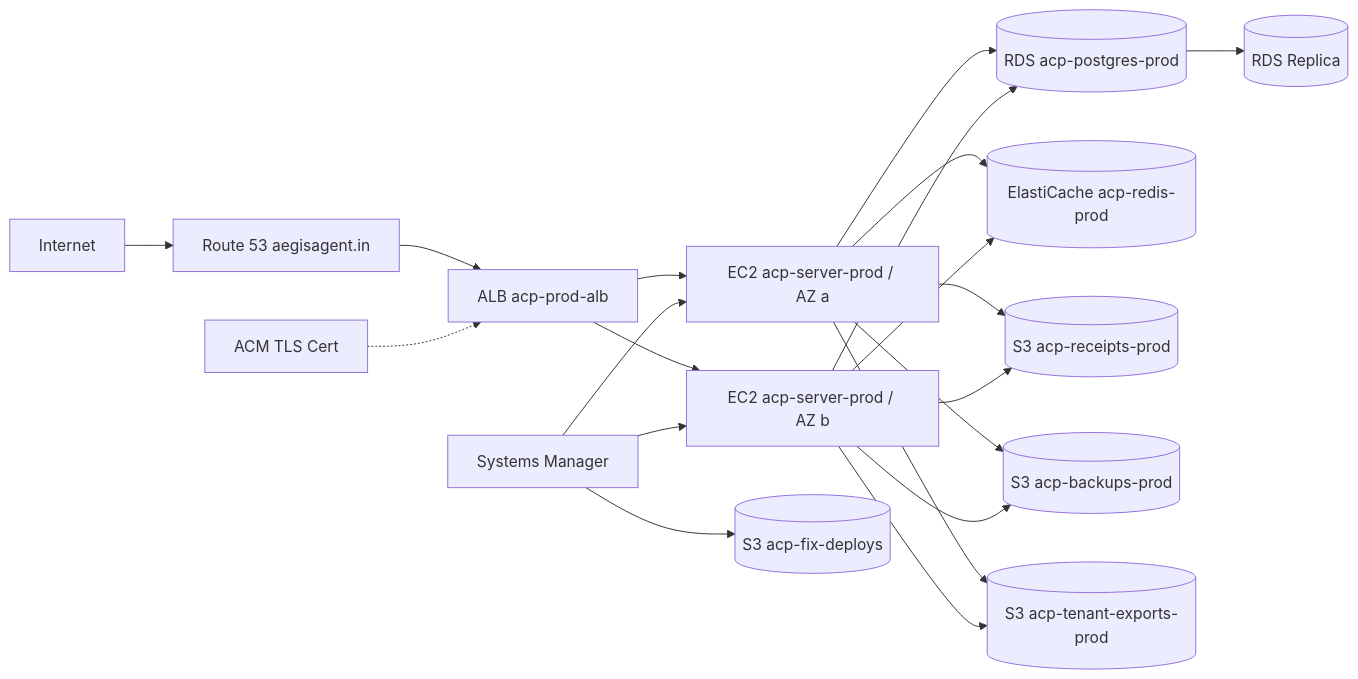
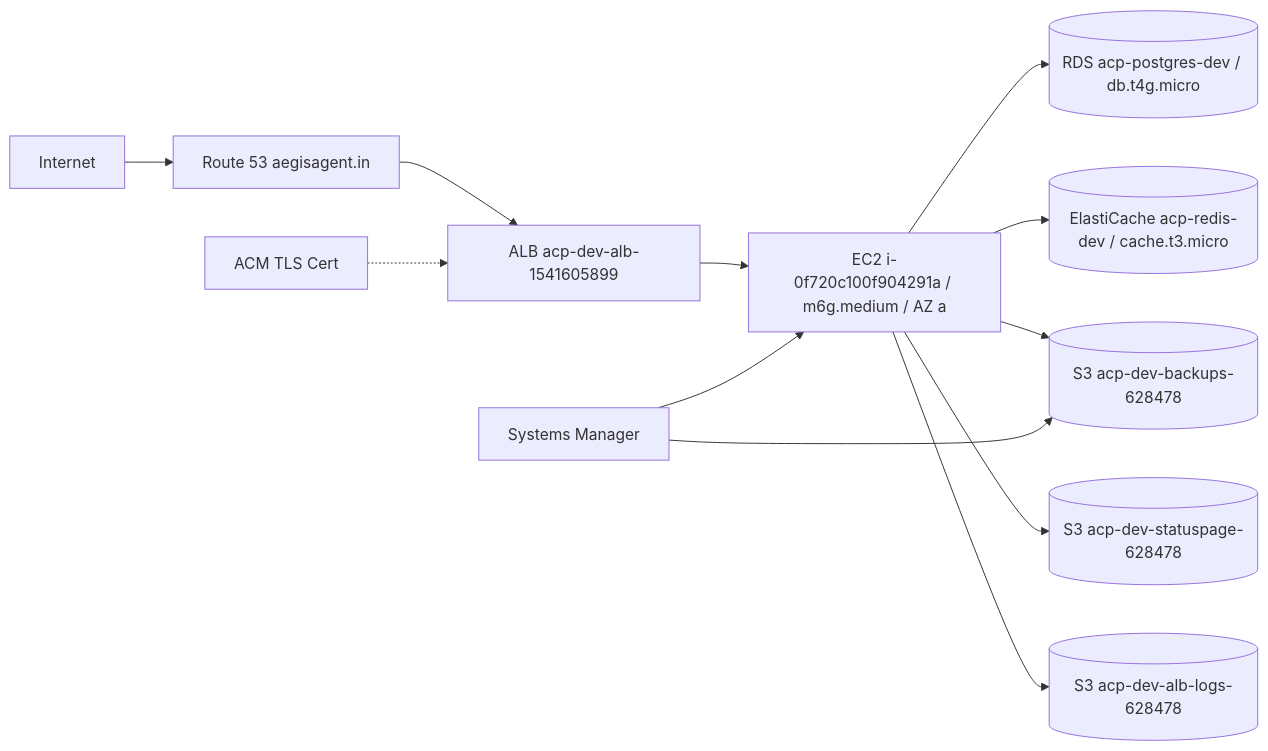
One commit to Abhi-mishra998/aegis changed the first of 3 diagrams in docs/architecture/deployment-topology.md. Above: the diagram before and after it, drawn with Mermaid. The commit also changed other lines of this file and 44 other files, not shown here.

````diff
--- a/docs/architecture/deployment-topology.md
+++ b/docs/architecture/deployment-topology.md
@@ -9,36 +9,25 @@
 ```mermaid
 flowchart LR
     Internet[Internet]
     R53[Route 53 aegisagent.in]
     ACM[ACM TLS Cert]
-    ALB[ALB acp-prod-alb]
-    EC2A[EC2 acp-server-prod / AZ a]
-    EC2B[EC2 acp-server-prod / AZ b]
-    RDS[(RDS acp-postgres-prod)]
-    RDSR[(RDS Replica)]
-    Cache[(ElastiCache acp-redis-prod)]
-    S3R[(S3 acp-receipts-prod)]
-    S3B[(S3 acp-backups-prod)]
-    S3E[(S3 acp-tenant-exports-prod)]
-    S3D[(S3 acp-fix-deploys)]
+    ALB[ALB acp-dev-alb-1541605899]
+    EC2[EC2 i-0f720c100f904291a / m6g.medium / AZ a]
+    RDS[(RDS acp-postgres-dev / db.t4g.micro)]
+    Cache[(ElastiCache acp-redis-dev / cache.t3.micro)]
+    S3B[(S3 acp-dev-backups-628478)]
+    S3S[(S3 acp-dev-statuspage-628478)]
+    S3L[(S3 acp-dev-alb-logs-628478)]
     SSM[Systems Manager]
     Internet --> R53
     R53 --> ALB
     ACM -.-> ALB
-    ALB --> EC2A
-    ALB --> EC2B
-    EC2A --> RDS
-    EC2B --> RDS
-    RDS --> RDSR
-    EC2A --> Cache
-    EC2B --> Cache
-    EC2A --> S3R
-    EC2A --> S3B
-    EC2A --> S3E
-    EC2B --> S3R
-    EC2B --> S3B
-    EC2B --> S3E
-    SSM --> EC2A
-    SSM --> EC2B
-    SSM --> S3D
+    ALB --> EC2
+    EC2 --> RDS
+    EC2 --> Cache
+    EC2 --> S3B
+    EC2 --> S3S
+    EC2 --> S3L
+    SSM --> EC2
+    SSM --> S3B
 ```
````
